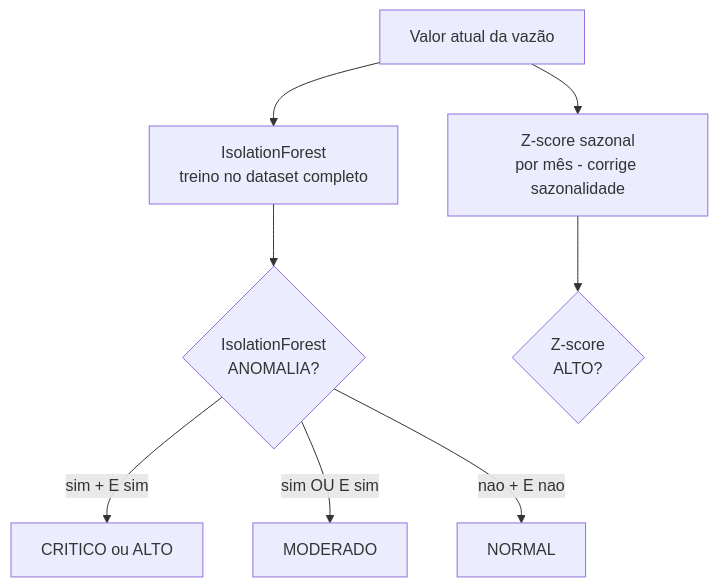
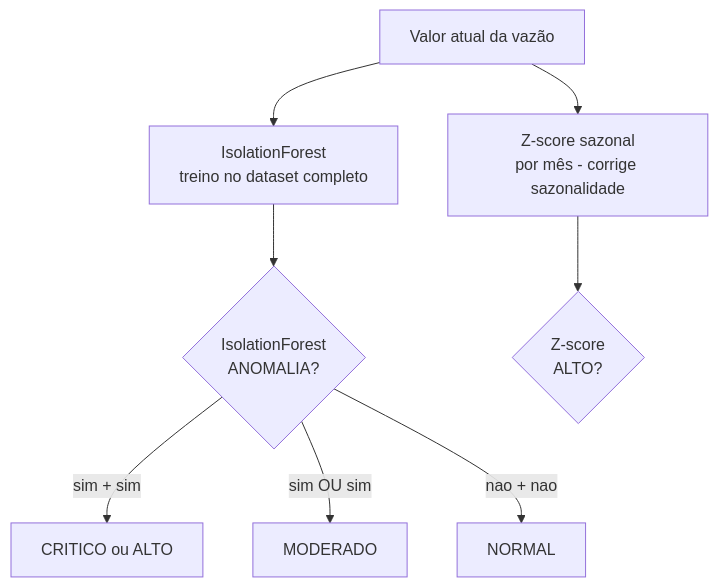
Before and after one commit to vbrenox/Sistema-Alerta-AM-ML-BotCity: the third of 3 diagrams in README.md, drawn with Mermaid.

Commit message:
docs: README completo - evolucao RPA para ML com comparativo modelos

````diff
--- a/README.md
+++ b/README.md
@@ -55,10 +55,10 @@
 ```mermaid
 flowchart TD
     A[Valor atual da vazão] --> B[IsolationForest\ntreino no dataset completo]
     A --> C[Z-score sazonal\npor mês - corrige sazonalidade]
     B --> D{IsolationForest\nANOMALIA?}
     C --> E{Z-score\nALTO?}
-    D -->|sim + E sim| F[CRITICO ou ALTO]
-    D -->|sim OU E sim| G[MODERADO]
-    D -->|nao + E nao| H[NORMAL]
+    D -->|sim + sim| F[CRITICO ou ALTO]
+    D -->|sim OU sim| G[MODERADO]
+    D -->|nao + nao| H[NORMAL]
 ```
````
